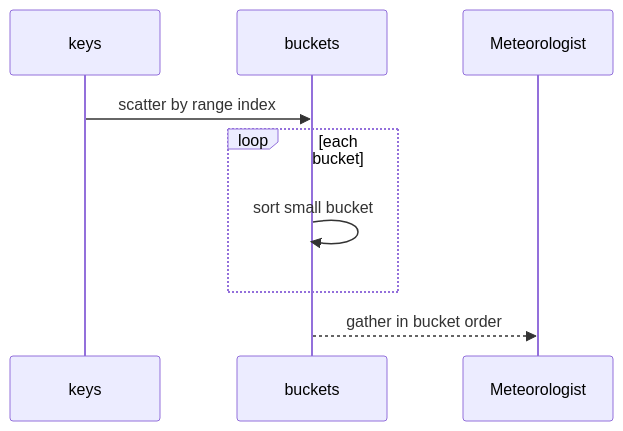
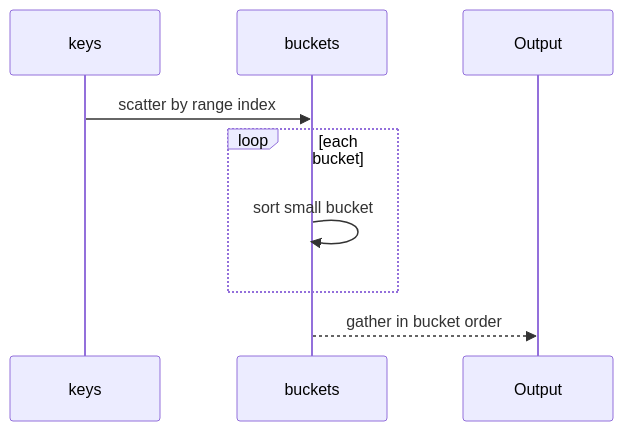
The second of 9 diagrams in docs/dsa/algorithms/bucket-sort/index.md (qgjones9/python-programming-guide), drawn with Mermaid before and after one commit. The commit also changed other lines of this file and 31 other files, not shown here.

````diff
--- a/docs/dsa/algorithms/bucket-sort/index.md
+++ b/docs/dsa/algorithms/bucket-sort/index.md
@@ -64,10 +64,10 @@
 ```mermaid
 sequenceDiagram
-  participant A as keys
-  participant B as buckets
-  A->>B: scatter by range index
-  loop each bucket
-    B->>B: sort small bucket
-  end
-  B-->>Meteorologist: gather in bucket order
+ participant A as keys
+ participant B as buckets
+ A->>B: scatter by range index
+ loop each bucket
+ B->>B: sort small bucket
+ end
+ B-->>Output: gather in bucket order
 ```
````
